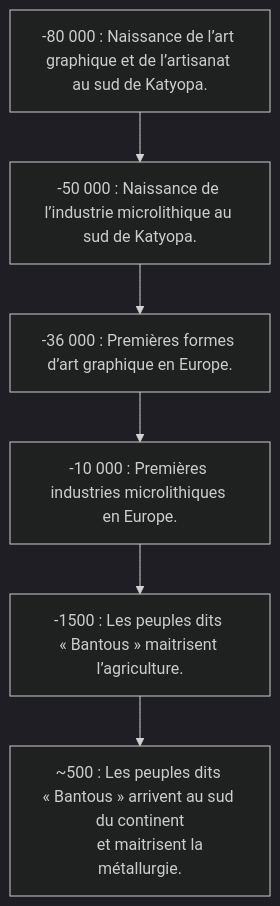
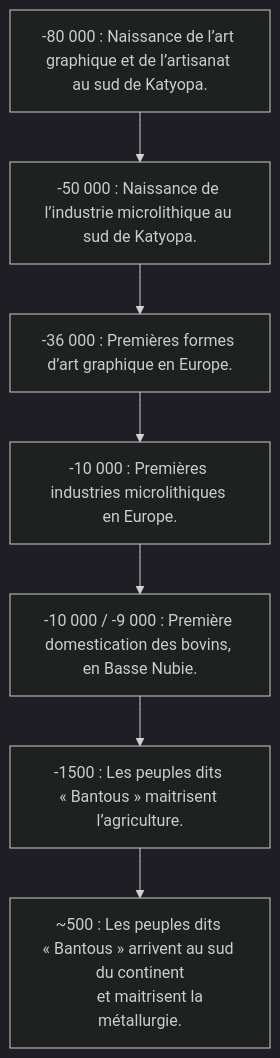
Before and after one commit to ba-moun/Ba-Moun-Save: the diagram in en-cours/histoire/avancées-technologiques.md, drawn with Mermaid (dark theme). The commit also changed other lines of this file, not shown here.

Commit message:
docs: update en-cours/histoire/avancées-technologiques

````diff
--- a/en-cours/histoire/avancées-technologiques.md
+++ b/en-cours/histoire/avancées-technologiques.md
@@ -15,18 +15,20 @@
 ```mermaid
 flowchart TB
    graphicArts["-80 000 : Naissance de l’art graphique et de l’artisanat au sud de Katyopa."]
    
    technocomplex["-50 000 : Naissance de l’industrie microlithique au sud de Katyopa."]
    
    graphicArtsInEu["-36 000 : Premières formes d’art graphique en Europe."]
    
    technocomplexInEu["-10 000 : Premières industries microlithiques en Europe."]
+   
+   cattleDomestication["-10 000 / -9 000 : Première domestication des bovins, en Basse Nubie."]
 
    agriculture["-1500 : Les peuples dits « Bantous » maitrisent l’agriculture."]
    
    metalworkingIndustry["~500 : Les peuples dits « Bantous » arrivent au sud du continent
       et maitrisent la métallurgie."]
       
-   graphicArts --> technocomplex --> graphicArtsInEu --> technocomplexInEu --> agriculture --> metalworkingIndustry
+   graphicArts --> technocomplex --> graphicArtsInEu --> technocomplexInEu --> cattleDomestication --> agriculture --> metalworkingIndustry
    
 ```
````
